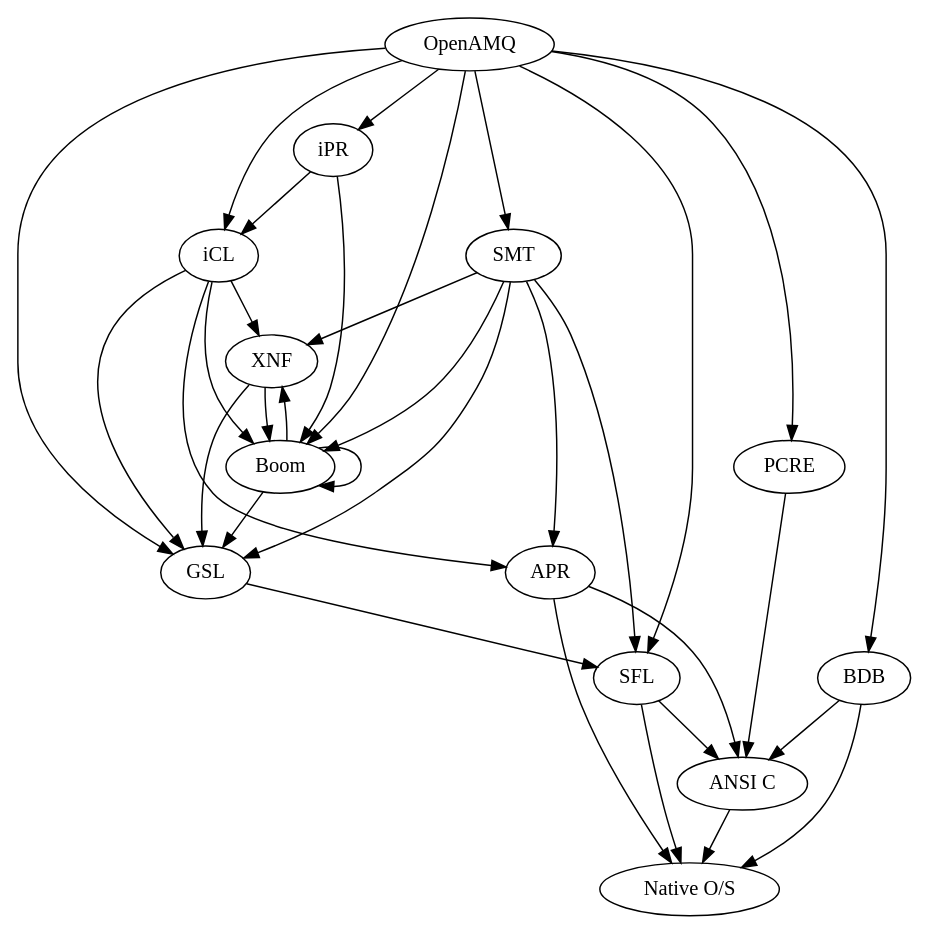
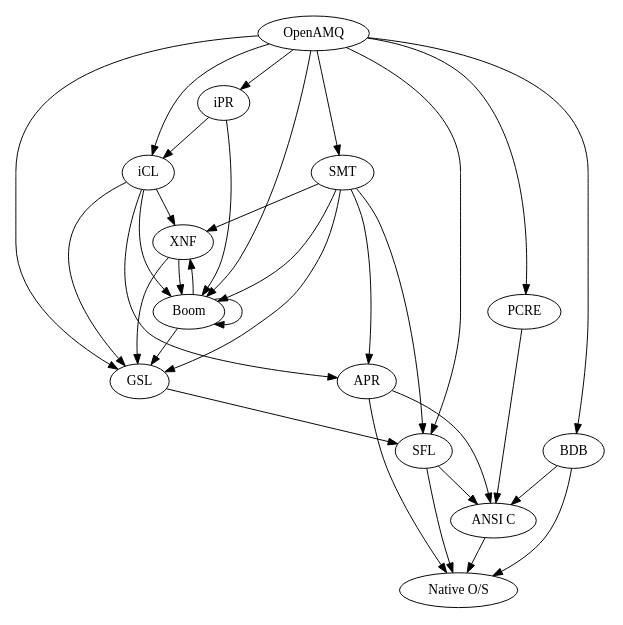
Before and after one commit to imatix/openamq: the diagram in doc/openamq_tools.dot, drawn with Graphviz. The commit also changed 10 other files, not shown here.

Commit message:
Graph size accomodated for PDF node visibility

```diff
--- a/doc/openamq_tools.dot
+++ b/doc/openamq_tools.dot
@@ -1,41 +1,40 @@
 //  OpenAMQ technology dependency tree
 //  Build using dot
 digraph {
-    size = "7.5,12";
-    center = 1;
+    size = "5,12";
     OS [label = "Native O/S"];
     C  [label = "ANSI C"];
     C       -> OS;
     SFL     -> OS;
     SFL     -> C;
     APR     -> OS;
     APR     -> C;
     BDB     -> OS;
     BDB     -> C;
     GSL     -> SFL;
     SMT     -> SFL;
     SMT     -> APR;
     SMT     -> XNF;
     SMT     -> Boom;
     SMT     -> GSL;
     XNF     -> GSL;
     XNF     -> Boom;
     iCL     -> XNF;
     iCL     -> Boom;
     iCL     -> APR;
     iCL     -> GSL;
     iPR     -> Boom;
     iPR     -> iCL;
     Boom    -> Boom;
     Boom    -> XNF;
     Boom    -> GSL;
     OpenAMQ -> SMT;
     OpenAMQ -> SFL;
     OpenAMQ -> iCL;
     OpenAMQ -> iPR;
     OpenAMQ -> BDB;
     OpenAMQ -> GSL;
     OpenAMQ -> Boom;
     OpenAMQ -> PCRE;
     PCRE    -> C;
 }
```
